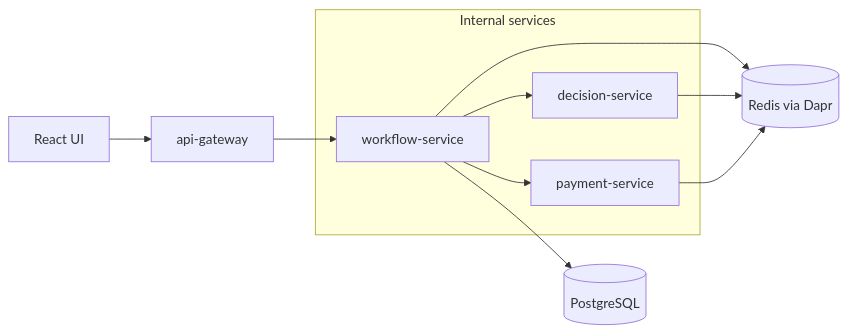
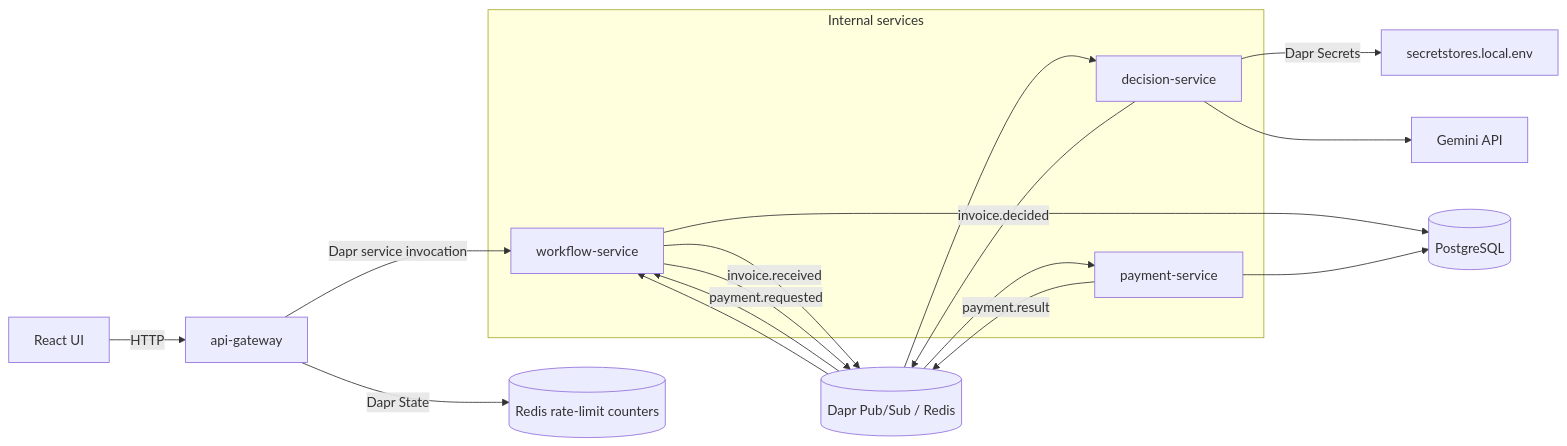
Before and after one commit to noasivan1/approval-flow: the first of 3 diagrams in ARCHITECTURE.md, drawn with Mermaid. The commit also changed other lines of this file and 33 other files, not shown here.

````diff
--- a/ARCHITECTURE.md
+++ b/ARCHITECTURE.md
@@ -53,18 +86,28 @@
 ```mermaid
 flowchart LR
-    UI[React UI] --> GW[api-gateway]
-    GW --> WF[workflow-service]
-    WF --> DS[decision-service]
-    WF --> PS[payment-service]
+    UI[React UI] -->|HTTP| GW[api-gateway]
+    GW -->|Dapr service invocation| WF[workflow-service]
+
+    WF -->|invoice.received| BUS[(Dapr Pub/Sub / Redis)]
+    BUS --> DS[decision-service]
+    DS -->|invoice.decided| BUS
+    BUS --> WF
+
+    WF -->|payment.requested| BUS
+    BUS --> PS[payment-service]
+    PS -->|payment.result| BUS
+    BUS --> WF
 
     WF --> PG[(PostgreSQL)]
-    WF --> RD[(Redis via Dapr)]
-    DS --> RD
-    PS --> RD
+    PS --> PG
+
+    GW -->|Dapr State| RATE[(Redis rate-limit counters)]
+    DS -->|Dapr Secrets| SECRET[secretstores.local.env]
+    DS --> GEMINI[Gemini API]
 
     subgraph internal_services["Internal services"]
         WF
         DS
         PS
     end
 ```
````
